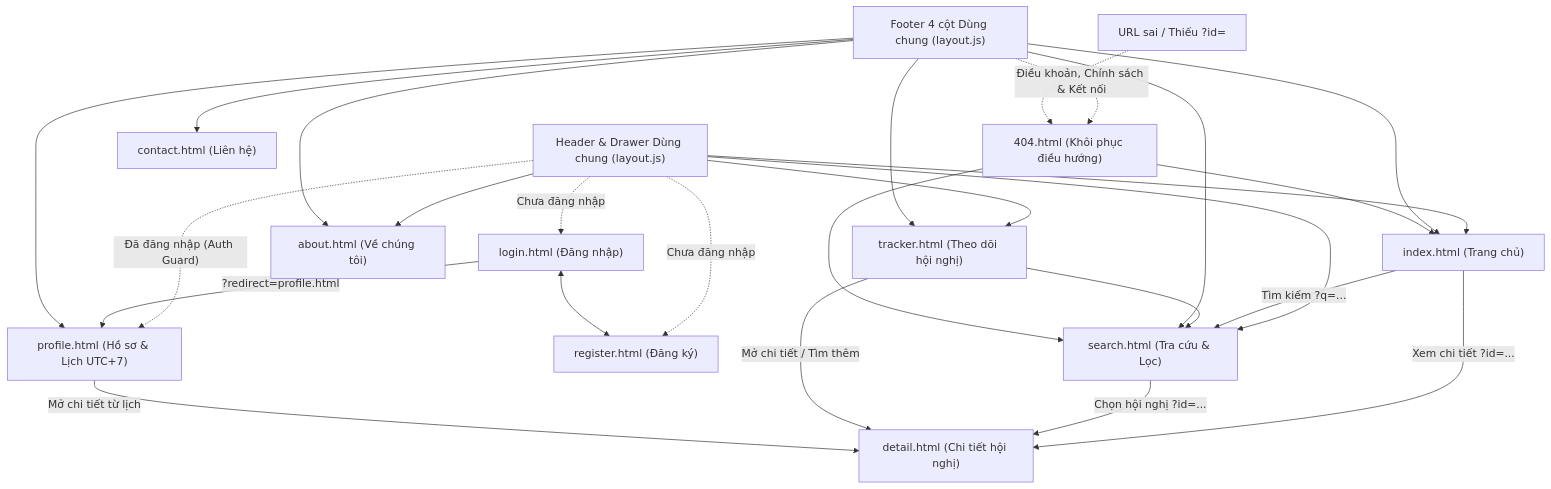
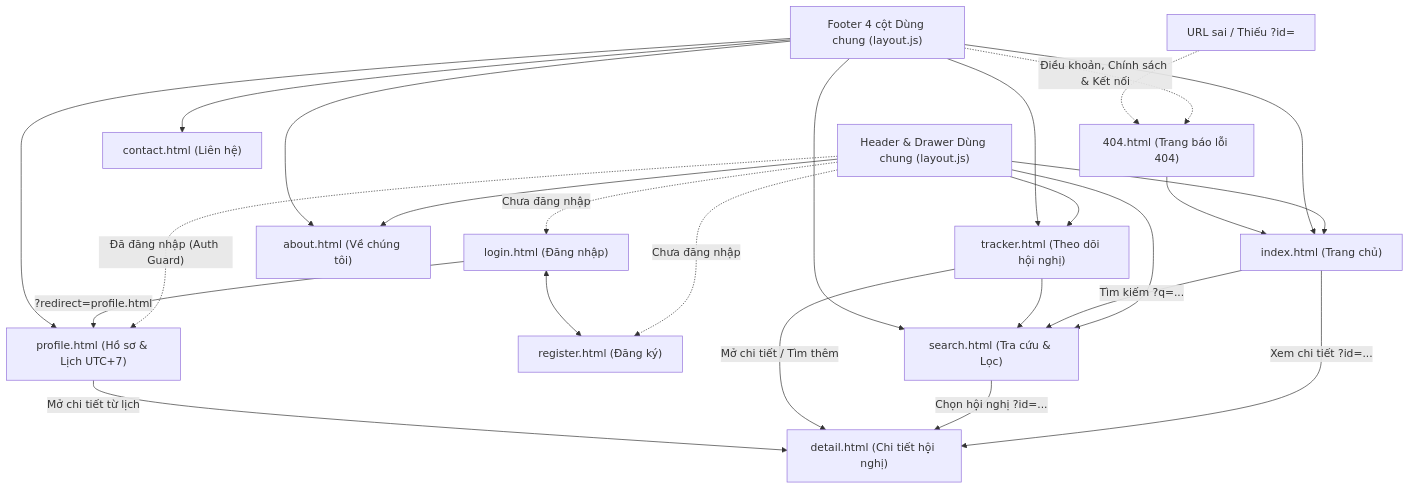
Before and after one commit to TaiUITK19/confeguide: the diagram in README.md, drawn with Mermaid. The commit also changed other lines of this file and 3 other files, not shown here.

````diff
--- a/README.md
+++ b/README.md
@@ -126,31 +126,30 @@
 ```mermaid
 flowchart TD
     HEADER["Header & Drawer Dùng chung (layout.js)"] --> INDEX["index.html (Trang chủ)"]
     HEADER --> SEARCH["search.html (Tra cứu & Lọc)"]
     HEADER --> TRACKER["tracker.html (Theo dõi hội nghị)"]
     HEADER --> ABOUT["about.html (Về chúng tôi)"]
     HEADER -. "Chưa đăng nhập" .-> LOGIN["login.html (Đăng nhập)"]
     HEADER -. "Chưa đăng nhập" .-> REGISTER["register.html (Đăng ký)"]
     HEADER -. "Đã đăng nhập (Auth Guard)" .-> PROFILE["profile.html (Hồ sơ & Lịch UTC+7)"]
 
     INDEX -- "Tìm kiếm ?q=..." --> SEARCH
     INDEX -- "Xem chi tiết ?id=..." --> DETAIL["detail.html (Chi tiết hội nghị)"]
     SEARCH -- "Chọn hội nghị ?id=..." --> DETAIL
     TRACKER -- "Mở chi tiết / Tìm thêm" --> DETAIL
     TRACKER --> SEARCH
     PROFILE -- "Mở chi tiết từ lịch" --> DETAIL
 
     LOGIN <--> REGISTER
     LOGIN -- "?redirect=profile.html" --> PROFILE
 
     FOOTER["Footer 4 cột Dùng chung (layout.js)"] --> INDEX
     FOOTER --> SEARCH
     FOOTER --> TRACKER
     FOOTER --> PROFILE
     FOOTER --> ABOUT
     FOOTER --> CONTACT["contact.html (Liên hệ)"]
-    FOOTER -. "Điều khoản, Chính sách & Kết nối" .-> NOTFOUND["404.html (Khôi phục điều hướng)"]
+    FOOTER -. "Điều khoản, Chính sách & Kết nối" .-> NOTFOUND["404.html (Trang báo lỗi 404)"]
     ERR["URL sai / Thiếu ?id="] -.-> NOTFOUND
     NOTFOUND --> INDEX
-    NOTFOUND --> SEARCH
 ```
````
